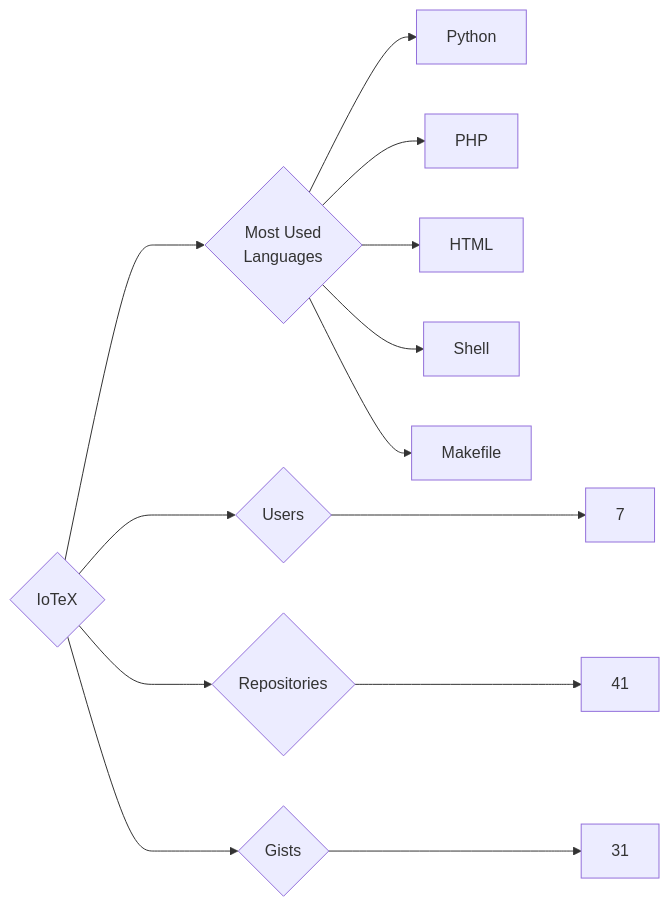
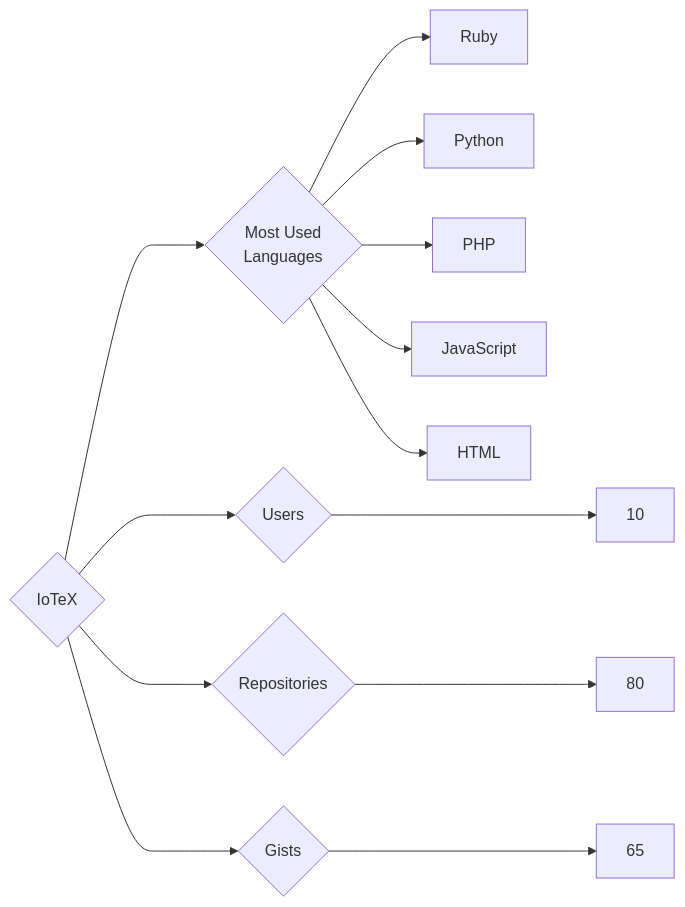
One commit to trickest/insiders changed the diagram in targets/IoTeX/README.md. Above: the diagram before and after it, drawn with Mermaid. The commit also changed 1167 other files, not shown here.

````diff
--- a/targets/IoTeX/README.md
+++ b/targets/IoTeX/README.md
@@ -3,13 +3,13 @@
 ```mermaid
 graph LR
 COMPANY_NAME{IoTeX}
-COMPANY_NAME ---> U{Users} ---> UN[7]
-COMPANY_NAME ---> R{Repositories} ---> RN[41]
-COMPANY_NAME ---> G{Gists} ---> GN[31]
+COMPANY_NAME ---> U{Users} ---> UN[10]
+COMPANY_NAME ---> R{Repositories} ---> RN[80]
+COMPANY_NAME ---> G{Gists} ---> GN[65]
 COMPANY_NAME ---> ML{Most Used<br>Languages}
+ML --> Ruby[Ruby]
 ML --> Python[Python]
 ML --> PHP[PHP]
+ML --> JavaScript[JavaScript]
 ML --> HTML[HTML]
-ML --> Shell[Shell]
-ML --> Makefile[Makefile]
 ```
````
